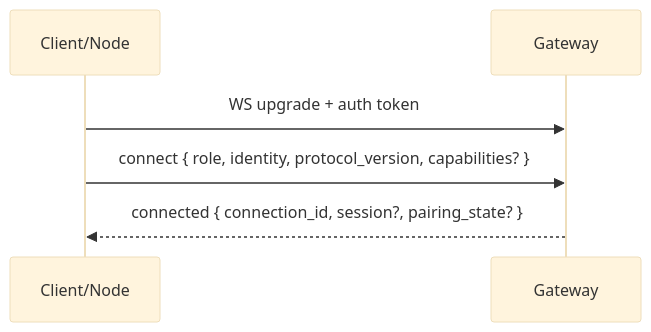
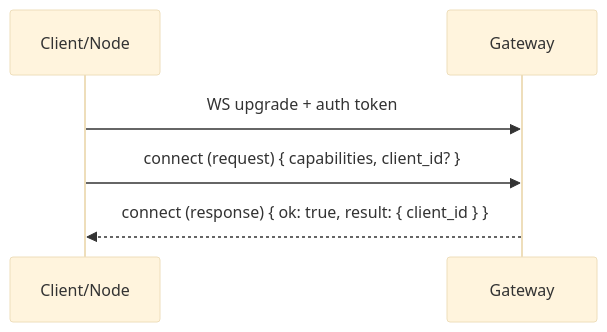
The diagram in docs/architecture/protocol/handshake.md (tyrumai/tyrum), drawn with Mermaid (base theme) before and after one commit. The commit also changed other lines of this file and 6 other files, not shown here.

First line of the commit message:
docs: enhance architecture documentation for protocol and events

````diff
--- a/docs/architecture/protocol/handshake.md
+++ b/docs/architecture/protocol/handshake.md
@@ -16,9 +15,9 @@
 ```mermaid
 sequenceDiagram
   participant Peer as Client/Node
   participant Gateway
 
   Peer->>Gateway: WS upgrade + auth token
-  Peer->>Gateway: connect { role, identity, protocol_version, capabilities? }
-  Gateway-->>Peer: connected { connection_id, session?, pairing_state? }
+  Peer->>Gateway: connect (request) { capabilities, client_id? }
+  Gateway-->>Peer: connect (response) { ok: true, result: { client_id } }
 ```
````
